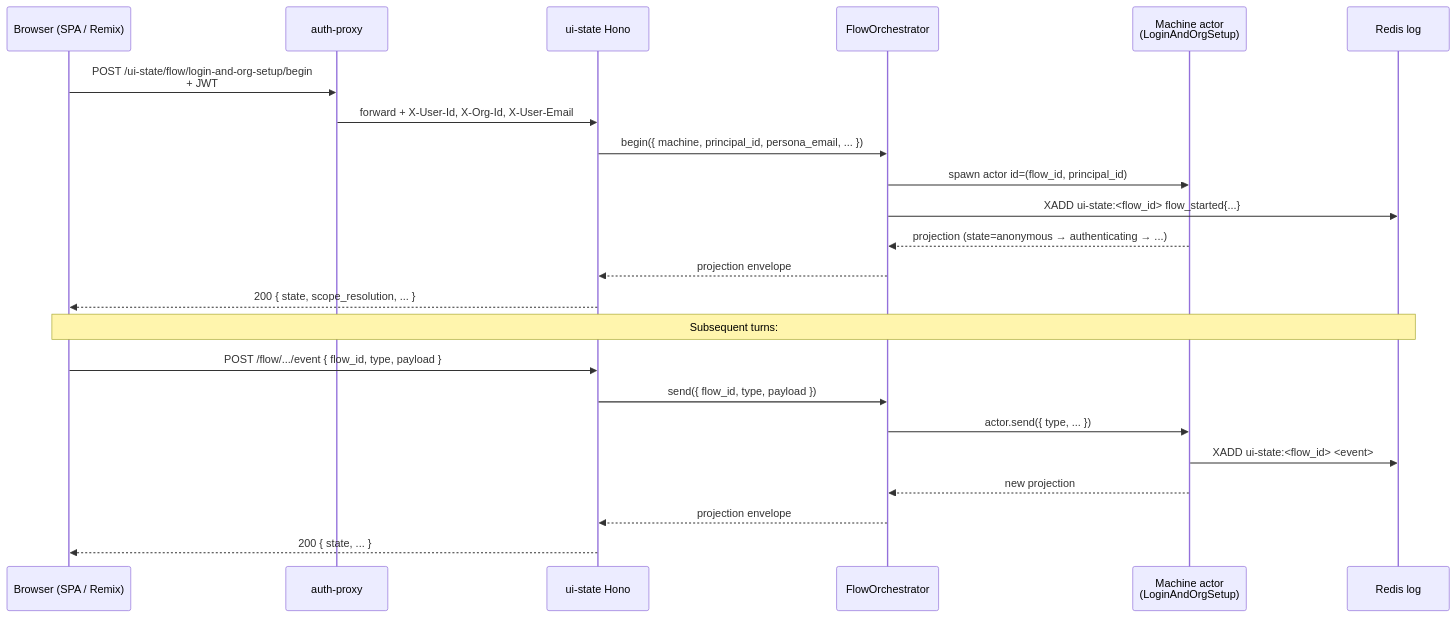
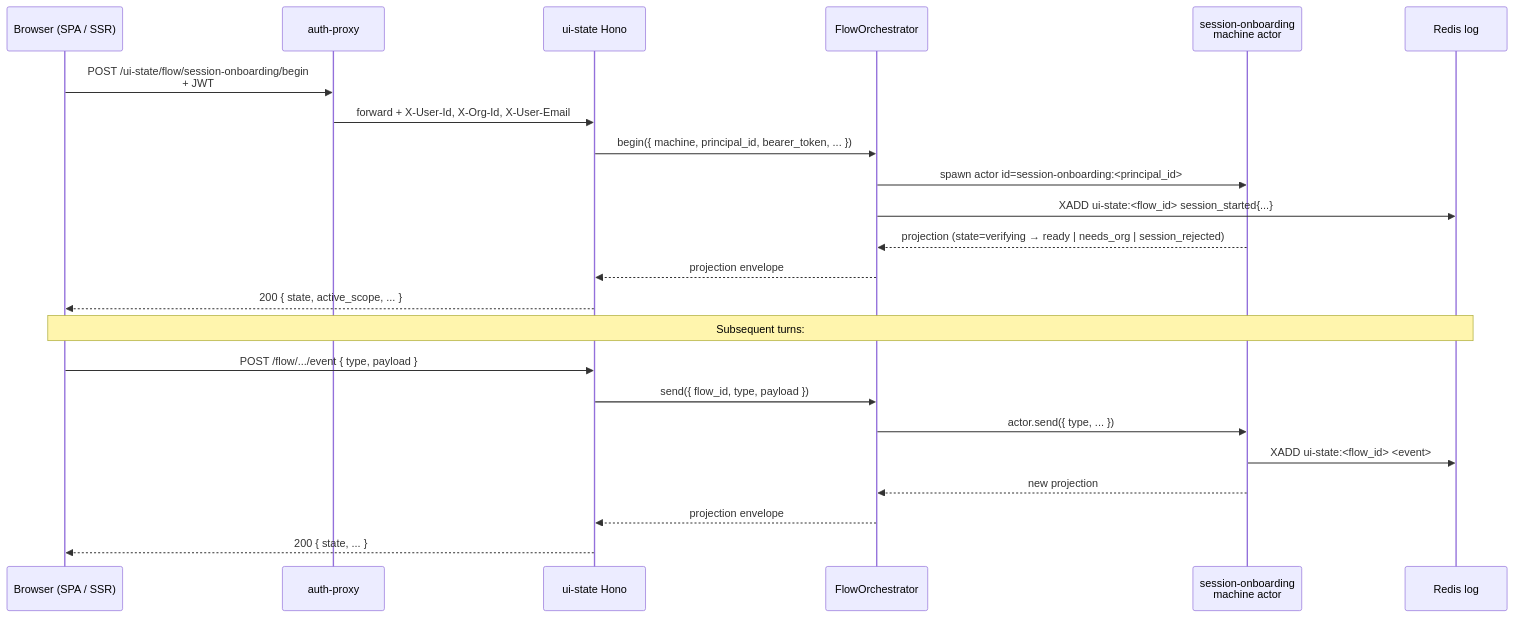
The second of 3 diagrams in ui-state/README.md (jzallen/dashboard-chat), drawn with Mermaid before and after one commit. The commit also changed other lines of this file, not shown here.

First line of the commit message:
docs(ui-state): refresh top-level README for current architecture

````diff
--- a/ui-state/README.md
+++ b/ui-state/README.md
@@ -56,27 +69,27 @@
 ```mermaid
 sequenceDiagram
-    participant UI as Browser (SPA / Remix)
+    participant UI as Browser (SPA / SSR)
     participant AP as auth-proxy
     participant H as ui-state Hono
     participant O as FlowOrchestrator
-    participant M as Machine actor<br/>(LoginAndOrgSetup)
+    participant M as session-onboarding<br/>machine actor
     participant R as Redis log
 
-    UI->>AP: POST /ui-state/flow/login-and-org-setup/begin<br/>+ JWT
+    UI->>AP: POST /ui-state/flow/session-onboarding/begin<br/>+ JWT
     AP->>H: forward + X-User-Id, X-Org-Id, X-User-Email
-    H->>O: begin({ machine, principal_id, persona_email, ... })
-    O->>M: spawn actor id=(flow_id, principal_id)
-    O->>R: XADD ui-state:<flow_id> flow_started{...}
-    M-->>O: projection (state=anonymous → authenticating → ...)
+    H->>O: begin({ machine, principal_id, bearer_token, ... })
+    O->>M: spawn actor id=session-onboarding:<principal_id>
+    O->>R: XADD ui-state:<flow_id> session_started{...}
+    M-->>O: projection (state=verifying → ready | needs_org | session_rejected)
     O-->>H: projection envelope
-    H-->>UI: 200 { state, scope_resolution, ... }
+    H-->>UI: 200 { state, active_scope, ... }
 
     Note over UI,R: Subsequent turns:
-    UI->>H: POST /flow/.../event { flow_id, type, payload }
+    UI->>H: POST /flow/.../event { type, payload }
     H->>O: send({ flow_id, type, payload })
     O->>M: actor.send({ type, ... })
     M->>R: XADD ui-state:<flow_id> <event>
     M-->>O: new projection
     O-->>H: projection envelope
     H-->>UI: 200 { state, ... }
 ```
````
